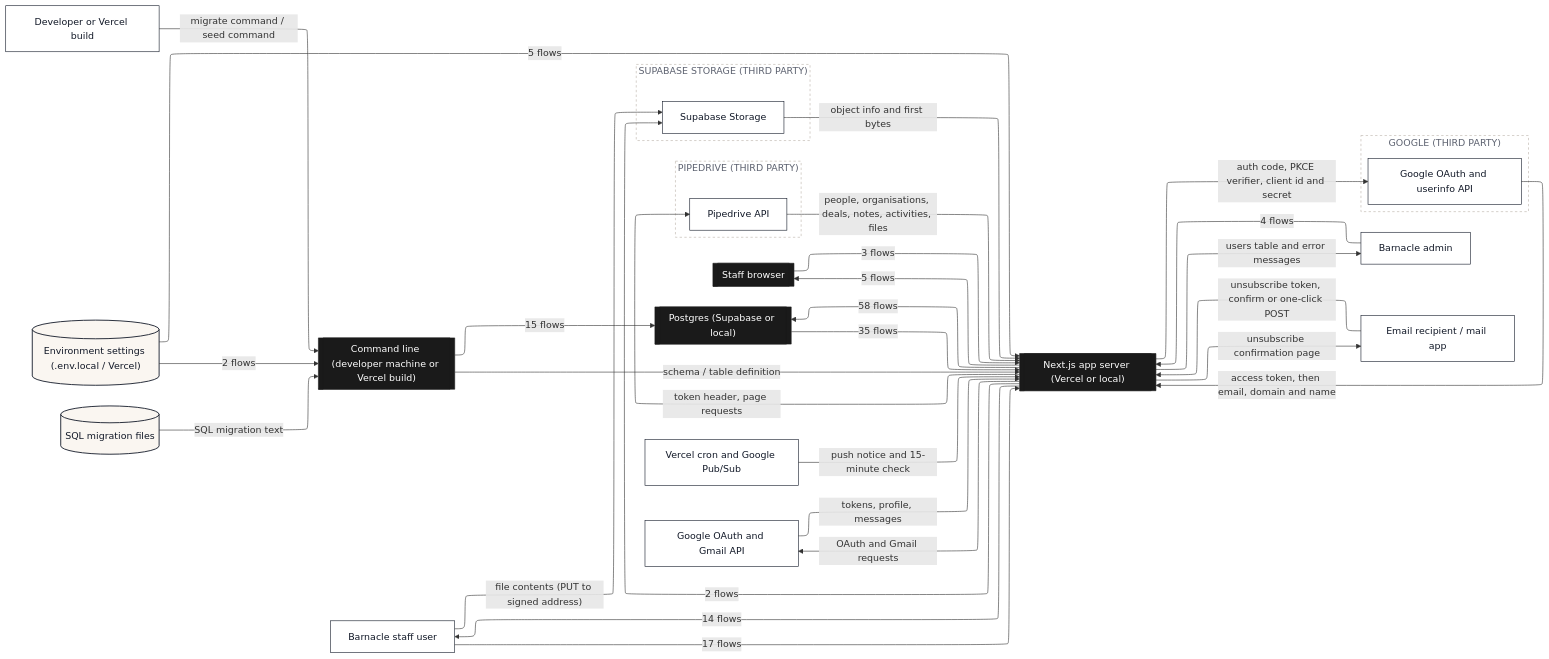
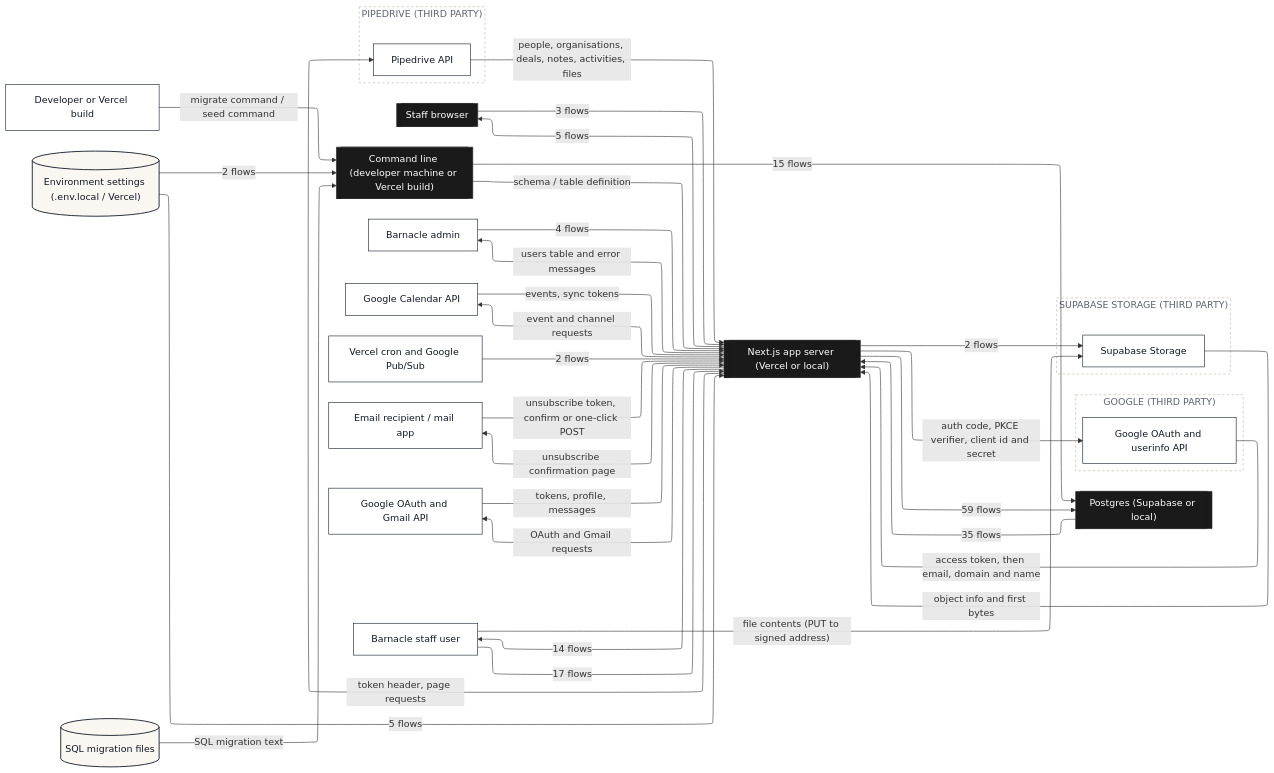
Before and after one commit to Romain-Perche/Barnacle-Pipe: the second of 16 diagrams in dataflow/DATAFLOW.md, drawn with Mermaid. The commit also changed other lines of this file and 5 other files, not shown here.

````diff
--- a/dataflow/DATAFLOW.md
+++ b/dataflow/DATAFLOW.md
@@ -155,66 +160,69 @@
 ```mermaid
 ---
 config:
   layout: elk
 ---
 flowchart LR
     n1[["Next.js app server (Vercel or local)"]]
     n2[["Staff browser"]]
     n3[["Command line (developer machine or Vercel build)"]]
     n4[["Postgres (Supabase or local)"]]
     n5["Barnacle admin"]
-    n6["Vercel cron and Google Pub/Sub"]
-    n7["Developer or Vercel build"]
-    n8["Email recipient / mail app"]
-    n9[("Environment settings (.env.local / Vercel)")]
-    n10["Google OAuth and Gmail API"]
-    n11[("SQL migration files")]
-    n12["Barnacle staff user"]
+    n6["Google Calendar API"]
+    n7["Vercel cron and Google Pub/Sub"]
+    n8["Developer or Vercel build"]
+    n9["Email recipient / mail app"]
+    n10[("Environment settings (.env.local / Vercel)")]
+    n11["Google OAuth and Gmail API"]
+    n12[("SQL migration files")]
+    n13["Barnacle staff user"]
     subgraph z1["GOOGLE (THIRD PARTY)"]
-        n13["Google OAuth and userinfo API"]
+        n14["Google OAuth and userinfo API"]
     end
     subgraph z2["PIPEDRIVE (THIRD PARTY)"]
-        n14["Pipedrive API"]
+        n15["Pipedrive API"]
     end
     subgraph z3["SUPABASE STORAGE (THIRD PARTY)"]
-        n15["Supabase Storage"]
+        n16["Supabase Storage"]
     end
-    n1 -->|"58 flows"| n4
-    n1 -->|"14 flows"| n12
+    n1 -->|"59 flows"| n4
+    n1 -->|"14 flows"| n13
     n4 -->|"35 flows"| n1
     n5 -->|"4 flows"| n1
     n2 -->|"3 flows"| n1
-    n6 -->|"push notice and 15-minute check"| n1
-    n7 -->|"migrate command / seed command"| n3
-    n8 -->|"unsubscribe token, confirm or one-click POST"| n1
-    n9 -->|"5 flows"| n1
-    n9 -->|"2 flows"| n3
+    n6 -->|"events, sync tokens"| n1
+    n1 -->|"event and channel requests"| n6
+    n7 -->|"2 flows"| n1
+    n8 -->|"migrate command / seed command"| n3
+    n9 -->|"unsubscribe token, confirm or one-click POST"| n1
+    n10 -->|"5 flows"| n1
+    n10 -->|"2 flows"| n3
     n1 -->|"5 flows"| n2
-    n1 -->|"2 flows"| n15
-    n10 -->|"tokens, profile, messages"| n1
-    n1 -->|"OAuth and Gmail requests"| n10
-    n1 -->|"auth code, PKCE verifier, client id and secret"| n13
-    n13 -->|"access token, then email, domain and name"| n1
+    n1 -->|"2 flows"| n16
+    n11 -->|"tokens, profile, messages"| n1
+    n1 -->|"OAuth and Gmail requests"| n11
+    n1 -->|"auth code, PKCE verifier, client id and secret"| n14
+    n14 -->|"access token, then email, domain and name"| n1
     n3 -->|"15 flows"| n4
     n3 -->|"schema / table definition"| n1
-    n11 -->|"SQL migration text"| n3
-    n14 -->|"people, organisations, deals, notes, activities, files"| n1
-    n1 -->|"token header, page requests"| n14
-    n12 -->|"17 flows"| n1
-    n12 -->|"file contents (PUT to signed address)"| n15
-    n15 -->|"object info and first bytes"| n1
-    n1 -->|"unsubscribe confirmation page"| n8
+    n12 -->|"SQL migration text"| n3
+    n15 -->|"people, organisations, deals, notes, activities, files"| n1
+    n1 -->|"token header, page requests"| n15
+    n13 -->|"17 flows"| n1
+    n13 -->|"file contents (PUT to signed address)"| n16
+    n16 -->|"object info and first bytes"| n1
+    n1 -->|"unsubscribe confirmation page"| n9
     n1 -->|"users table and error messages"| n5
     classDef actor fill:#FFFFFF,stroke:#111827,stroke-width:1px,color:#111827
     classDef process fill:#EDEAFF,stroke:#2B00FF,stroke-width:1.5px,color:#111827
     classDef store fill:#FAF6F1,stroke:#111827,stroke-width:1.5px,color:#111827
     classDef zone fill:#1A1A1A,stroke:#1A1A1A,color:#FFFFFF
     classDef group fill:#2B00FF,stroke:#2B00FF,color:#FFFFFF
     classDef stub fill:#FFFFFF,stroke:#2B00FF,stroke-width:1.5px,stroke-dasharray:5 4,color:#2B00FF
-    class n5,n6,n7,n8,n10,n12,n13,n14,n15 actor
-    class n9,n11 store
+    class n5,n6,n7,n8,n9,n11,n13,n14,n15,n16 actor
+    class n10,n12 store
     class n1,n2,n3,n4 zone
     style z1 fill:#FFFFFF,stroke:#B9B2A8,stroke-dasharray:4 4,color:#5D6270
     style z2 fill:#FFFFFF,stroke:#B9B2A8,stroke-dasharray:4 4,color:#5D6270
     style z3 fill:#FFFFFF,stroke:#B9B2A8,stroke-dasharray:4 4,color:#5D6270
 ```
````
